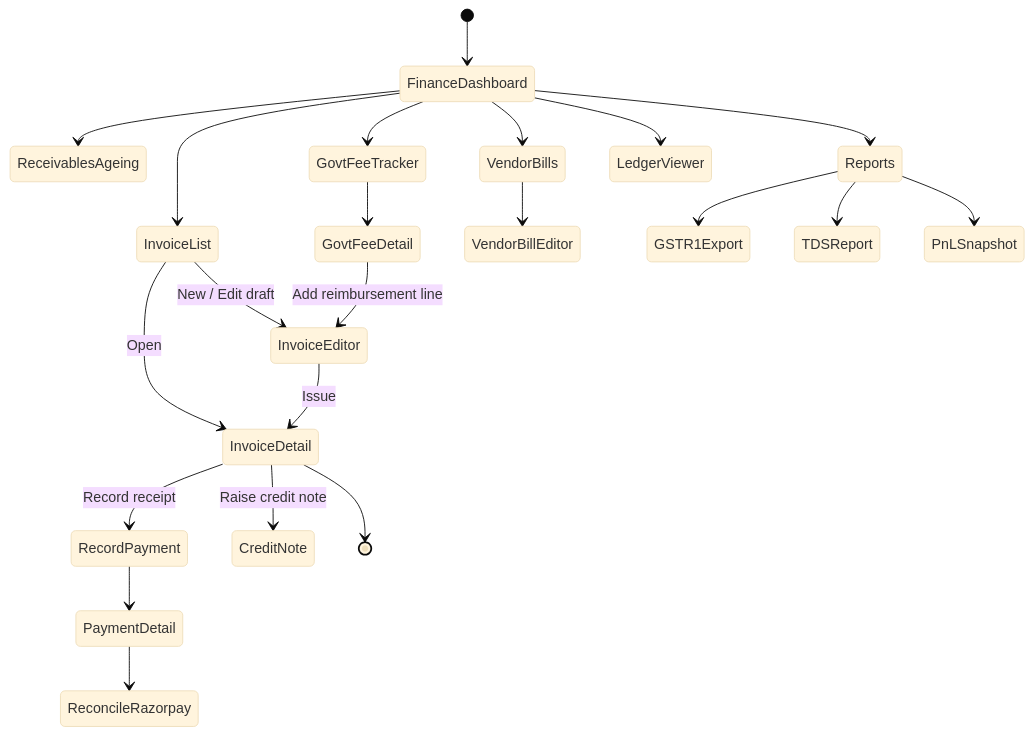
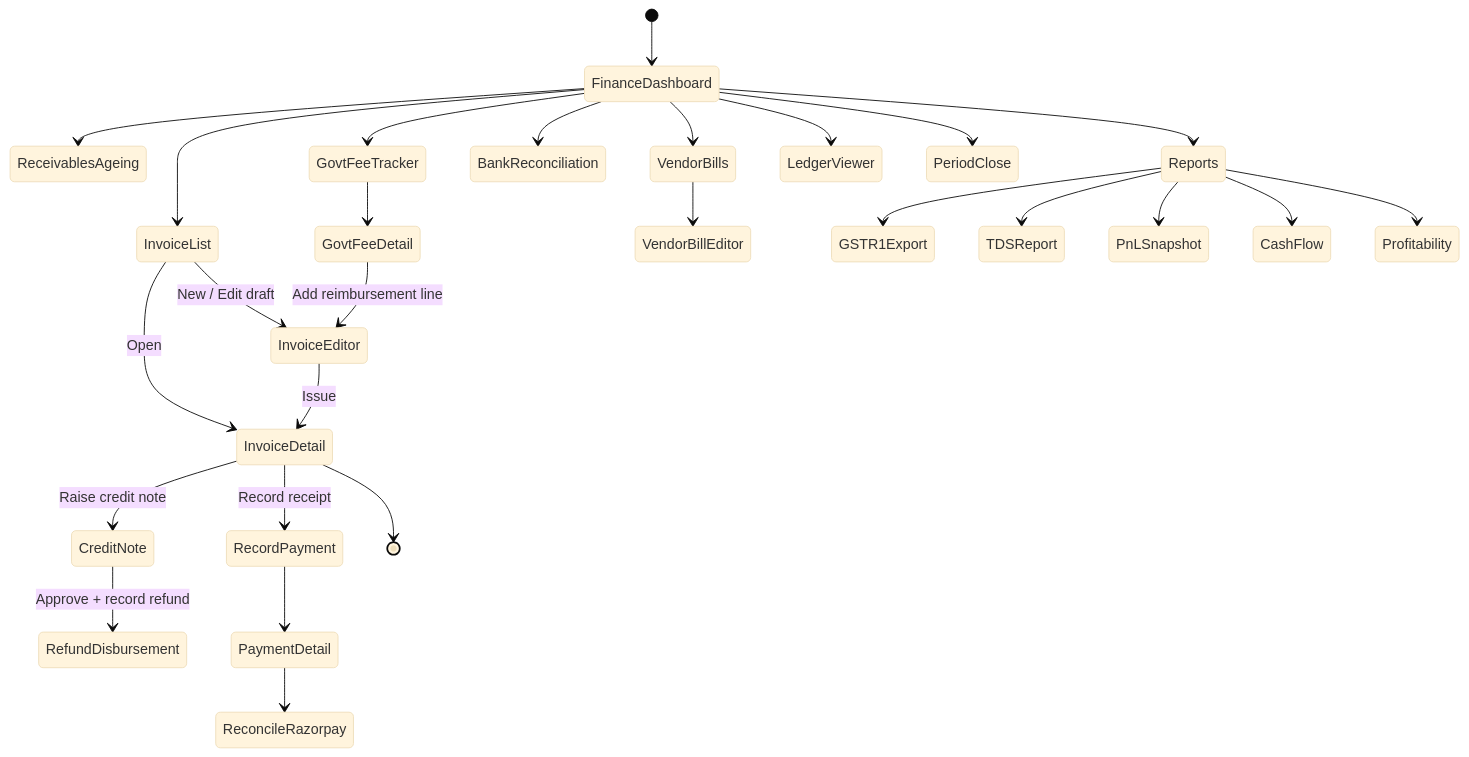
Before and after one commit to taruntps/tps-oms: the second of 5 diagrams in docs/architecture/modules/finance.md, drawn with Mermaid (base theme). The commit also changed other lines of this file and 13 other files, not shown here.

First line of the commit message:
docs(arch): enterprise architecture validation + remediation (blueprint frozen v1.0)

````diff
--- a/docs/architecture/modules/finance.md
+++ b/docs/architecture/modules/finance.md
@@ -86,24 +97,29 @@
 ```mermaid
 stateDiagram-v2
   [*] --> FinanceDashboard
   FinanceDashboard --> InvoiceList
   FinanceDashboard --> ReceivablesAgeing
   FinanceDashboard --> GovtFeeTracker
   FinanceDashboard --> Reports
   InvoiceList --> InvoiceEditor: New / Edit draft
   InvoiceList --> InvoiceDetail: Open
   InvoiceEditor --> InvoiceDetail: Issue
   InvoiceDetail --> RecordPayment: Record receipt
   InvoiceDetail --> CreditNote: Raise credit note
+  CreditNote --> RefundDisbursement: Approve + record refund
   RecordPayment --> PaymentDetail
   PaymentDetail --> ReconcileRazorpay
+  FinanceDashboard --> BankReconciliation
   GovtFeeTracker --> GovtFeeDetail
   GovtFeeDetail --> InvoiceEditor: Add reimbursement line
   FinanceDashboard --> VendorBills
   VendorBills --> VendorBillEditor
   FinanceDashboard --> LedgerViewer
+  FinanceDashboard --> PeriodClose
   Reports --> GSTR1Export
   Reports --> TDSReport
   Reports --> PnLSnapshot
+  Reports --> CashFlow
+  Reports --> Profitability
   InvoiceDetail --> [*]
 ```
````
